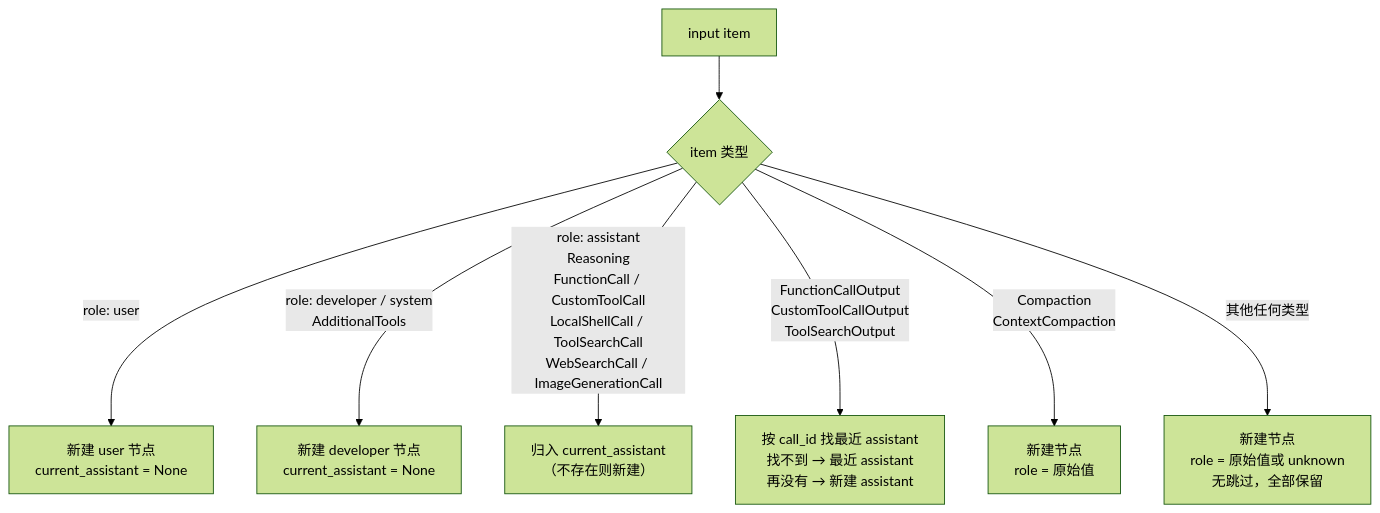
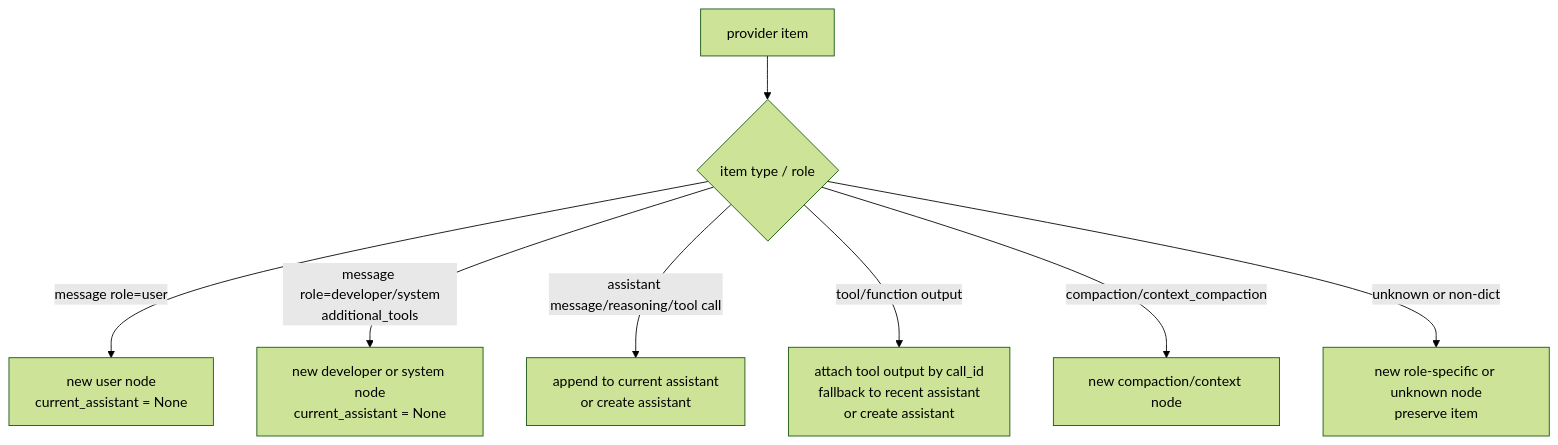
The fifth of 7 diagrams in docs/architecture.md (HaShiShark/codex-context-studio), drawn with Mermaid (forest theme) before and after one commit. The commit also changed other lines of this file and 48 other files, not shown here.

````diff
--- a/docs/architecture.md
+++ b/docs/architecture.md
@@ -107,20 +123,20 @@
 ```mermaid
 flowchart TD
-    ITEM["input item"]
-    R{"item 类型"}
+    ITEM["provider item"]
+    R{"item type / role"}
 
-    USR["新建 user 节点\ncurrent_assistant = None"]
-    DEV["新建 developer 节点\ncurrent_assistant = None"]
-    ASS["归入 current_assistant\n（不存在则新建）"]
-    TOUT["按 call_id 找最近 assistant\n找不到 → 最近 assistant\n再没有 → 新建 assistant"]
-    CMP["新建节点\nrole = 原始值"]
-    OTHER["新建节点\nrole = 原始值或 unknown\n无跳过，全部保留"]
+    USR["new user node\ncurrent_assistant = None"]
+    DEV["new developer or system node\ncurrent_assistant = None"]
+    ASS["append to current assistant\nor create assistant"]
+    TOUT["attach tool output by call_id\nfallback to recent assistant\nor create assistant"]
+    CMP["new compaction/context node"]
+    OTHER["new role-specific or unknown node\npreserve item"]
 
     ITEM --> R
-    R -- "role: user" --> USR
-    R -- "role: developer / system\nAdditionalTools" --> DEV
-    R -- "role: assistant\nReasoning\nFunctionCall / CustomToolCall\nLocalShellCall / ToolSearchCall\nWebSearchCall / ImageGenerationCall" --> ASS
-    R -- "FunctionCallOutput\nCustomToolCallOutput\nToolSearchOutput" --> TOUT
-    R -- "Compaction\nContextCompaction" --> CMP
-    R -- "其他任何类型" --> OTHER
+    R -- "message role=user" --> USR
+    R -- "message role=developer/system\nadditional_tools" --> DEV
+    R -- "assistant message/reasoning/tool call" --> ASS
+    R -- "tool/function output" --> TOUT
+    R -- "compaction/context_compaction" --> CMP
+    R -- "unknown or non-dict" --> OTHER
 ```
````
